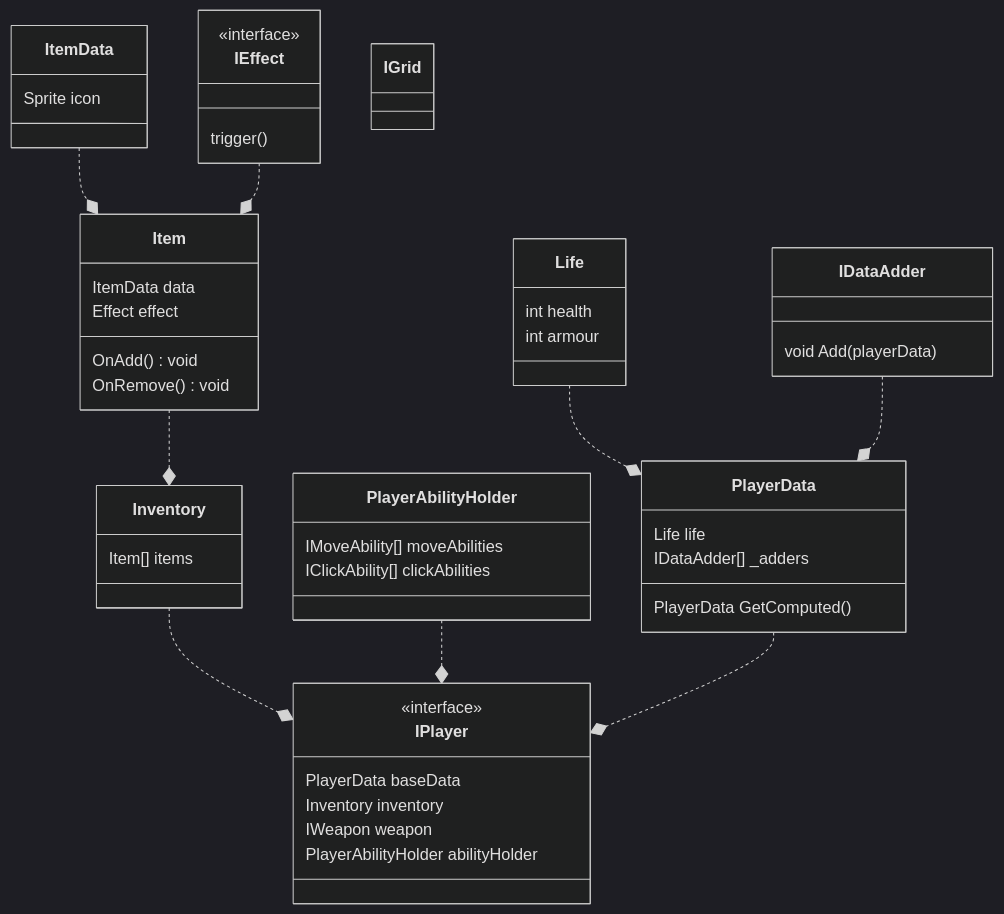
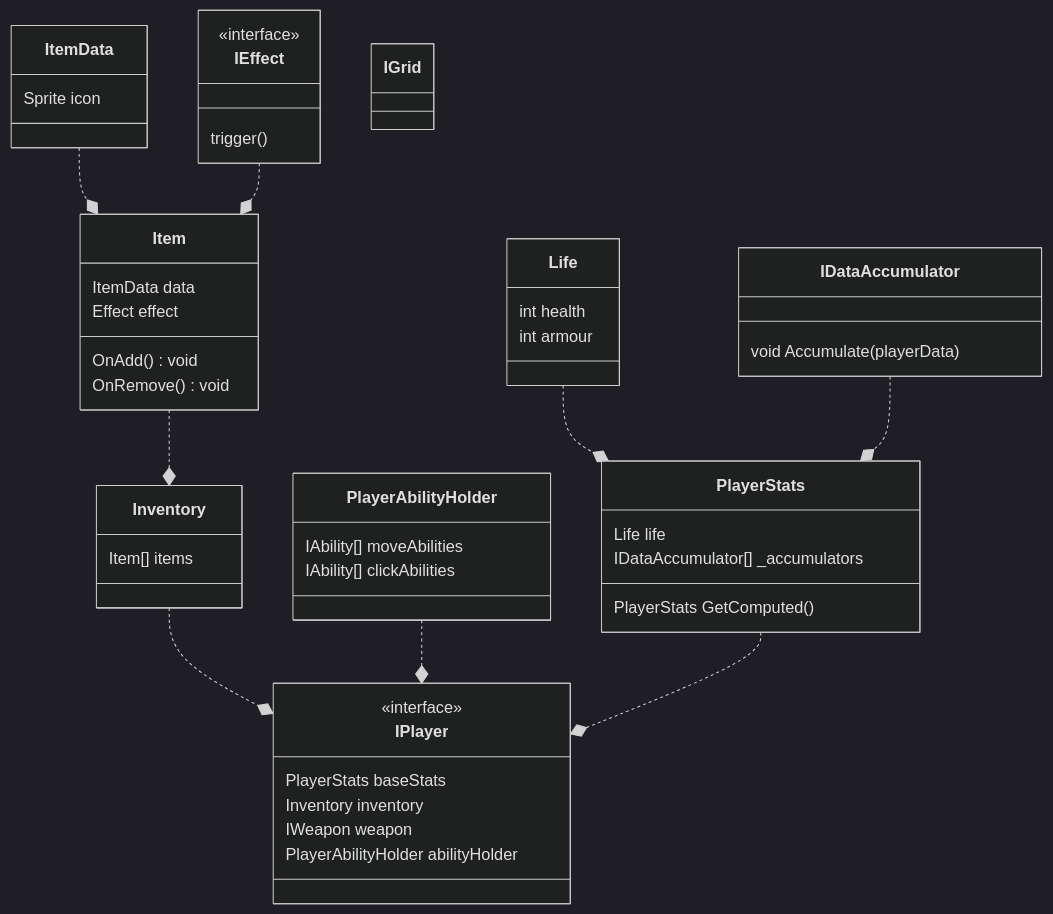
One commit to SnekTech/mine-sweeper-rogue changed the seventh of 10 diagrams in README.md. Above: the diagram before and after it, drawn with Mermaid. The commit also changed other lines of this file and 144 other files, not shown here.

````diff
--- a/README.md
+++ b/README.md
@@ -195,62 +195,62 @@
 ```mermaid
 %%{init: {'theme':'dark'}}%%
 classDiagram
     class Inventory {
         Item[] items
     }
     
     class ItemData {
         Sprite icon
     }
     
     class Item {
         ItemData data
         Effect effect
         OnAdd() void
         OnRemove() void
     }
     ItemData ..* Item
     class IEffect {
         <<interface>>
         trigger()
     }
     IEffect ..* Item
     
     Item ..* Inventory
     Inventory ..* IPlayer
     
     class IPlayer {
         <<interface>>
-        PlayerData baseData
+        PlayerStats baseStats
         Inventory inventory
         IWeapon weapon
         PlayerAbilityHolder abilityHolder
     }
     
     class Life {
         int health
         int armour
     }
-    Life ..* PlayerData
+    Life ..* PlayerStats
     
     class PlayerAbilityHolder {
-        IMoveAbility[] moveAbilities
-        IClickAbility[] clickAbilities
+        IAbility[] moveAbilities
+        IAbility[] clickAbilities
     }
     PlayerAbilityHolder ..* IPlayer
     
-    class PlayerData {
+    class PlayerStats {
         Life life
-        IDataAdder[] _adders
-        PlayerData GetComputed()
+        IDataAccumulator[] _accumulators
+        PlayerStats GetComputed()
     }
-    class IDataAdder {
-        void Add(playerData)
+    class IDataAccumulator {
+        void Accumulate(playerData)
     }
-    IDataAdder ..* PlayerData
-    PlayerData ..* IPlayer
+    IDataAccumulator ..* PlayerStats
+    PlayerStats ..* IPlayer
     
     class IGrid {
         
     }
 ```
````
